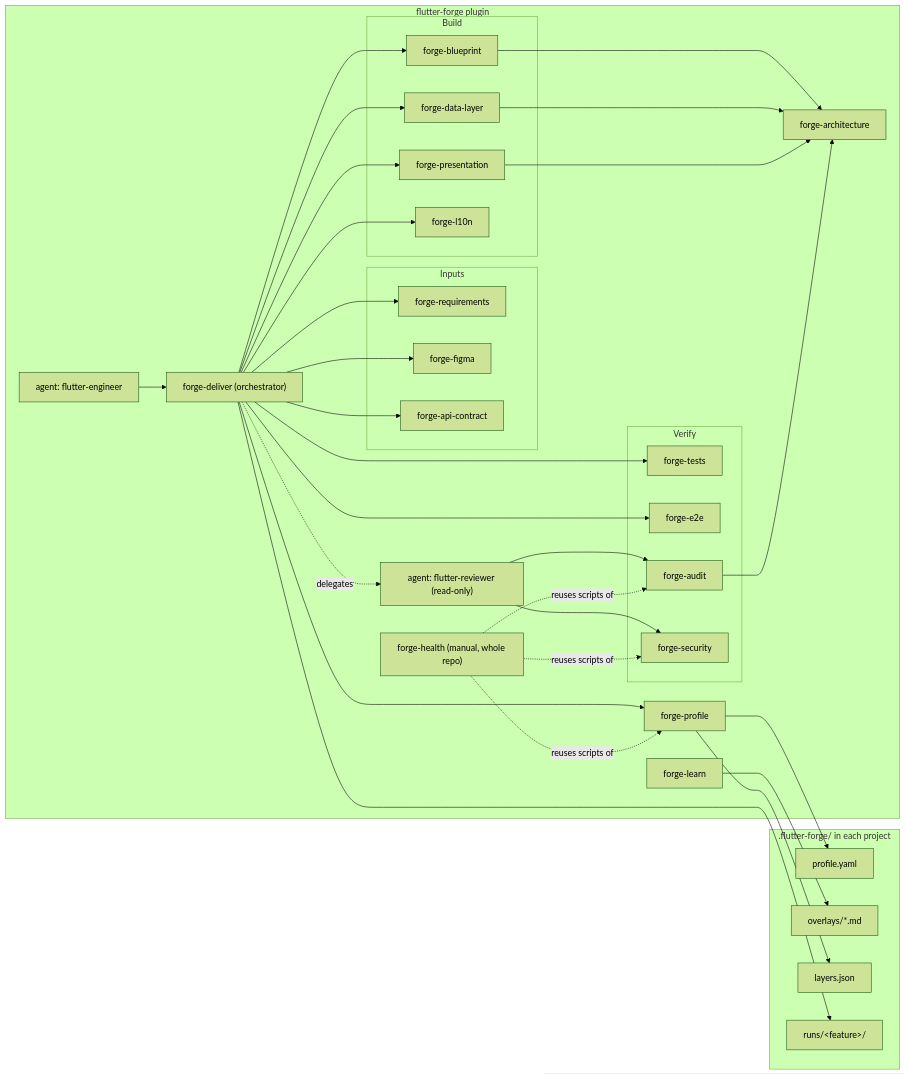
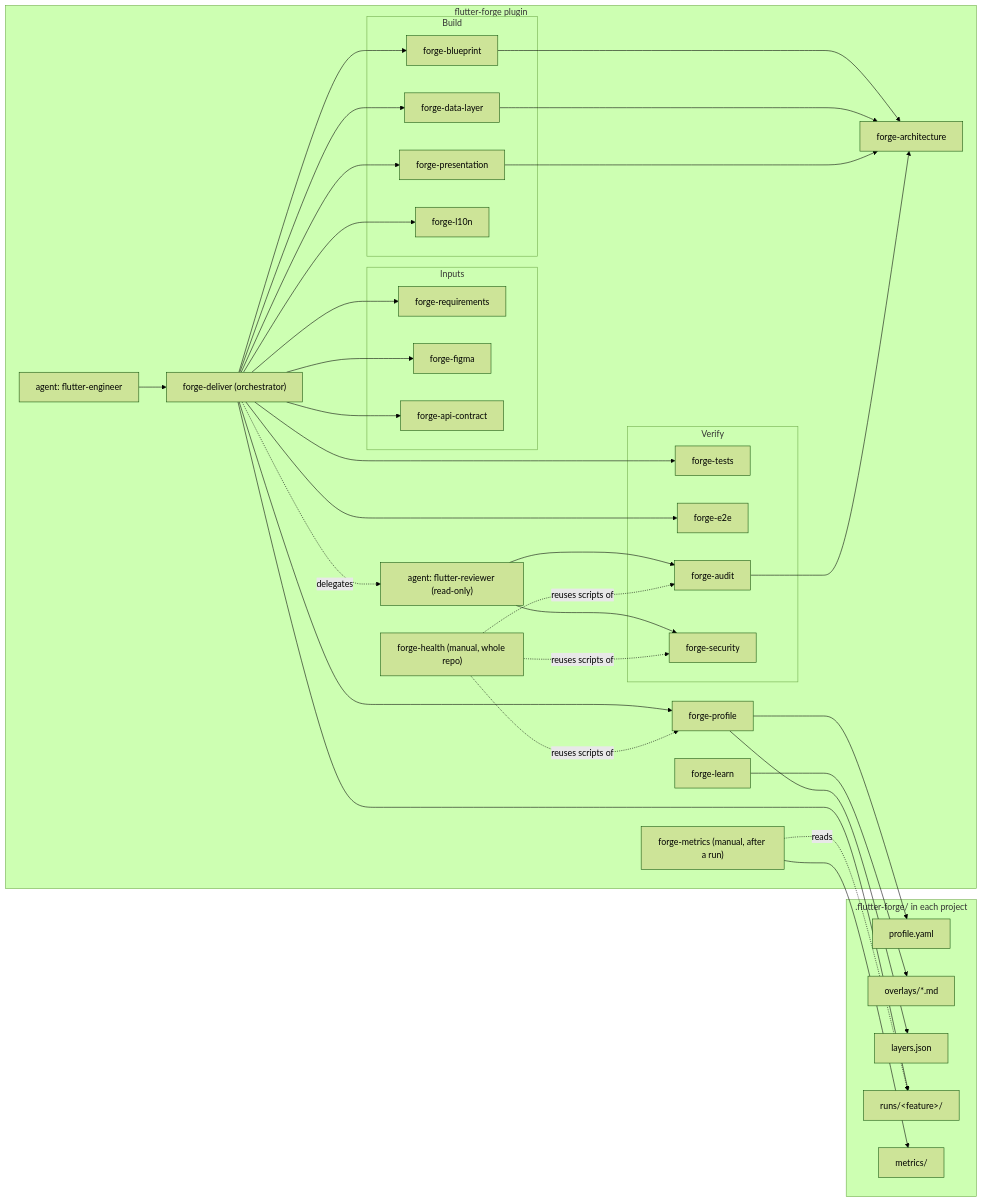
Before and after one commit to Jols7/flutter-forge: the diagram in docs/architecture.md, drawn with Mermaid (forest theme). The commit also changed 13 other files, not shown here.

First line of the commit message:
feat(forge-metrics): per-run cost, time and outcome telemetry, release 0.7.0

````diff
--- a/docs/architecture.md
+++ b/docs/architecture.md
@@ -18,44 +18,48 @@
 ```mermaid
 flowchart LR
     subgraph Plugin["flutter-forge plugin"]
         ENG["agent: flutter-engineer"]
         REV["agent: flutter-reviewer (read-only)"]
         DEL["forge-deliver (orchestrator)"]
         subgraph Inputs
             REQ[forge-requirements]
             FIG[forge-figma]
             API[forge-api-contract]
         end
         subgraph Build
             BP[forge-blueprint]
             DATA[forge-data-layer]
             PRES[forge-presentation]
             L10N[forge-l10n]
         end
         subgraph Verify
             UT[forge-tests]
             E2E[forge-e2e]
             AUD[forge-audit]
             SEC[forge-security]
         end
         ARCH[forge-architecture]
         PROF[forge-profile]
         LEARN[forge-learn]
         HEALTH["forge-health (manual, whole repo)"]
+        METRICS["forge-metrics (manual, after a run)"]
     end
     subgraph Project[".flutter-forge/ in each project"]
         P[profile.yaml]
         O[overlays/*.md]
         L[layers.json]
         R[runs/&lt;feature&gt;/]
+        M[metrics/]
     end
     ENG --> DEL
     DEL --> PROF & REQ & FIG & API & BP & DATA & PRES & L10N & UT & E2E
     DEL -. delegates .-> REV
     REV --> AUD & SEC
     BP & DATA & PRES & AUD --> ARCH
     PROF --> P & L
     LEARN --> O
     HEALTH -. reuses scripts of .-> AUD & SEC & PROF
     DEL --> R
+    METRICS -. reads .-> R
+    METRICS --> M
 ```
````
